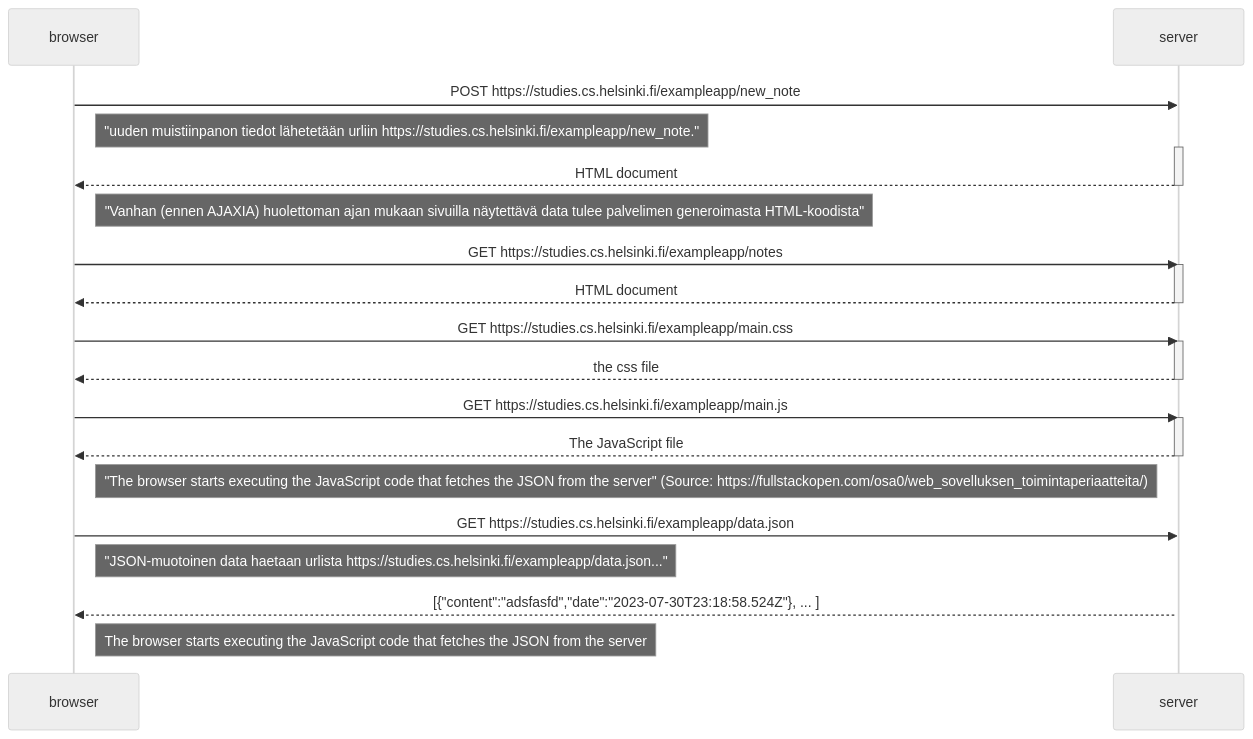
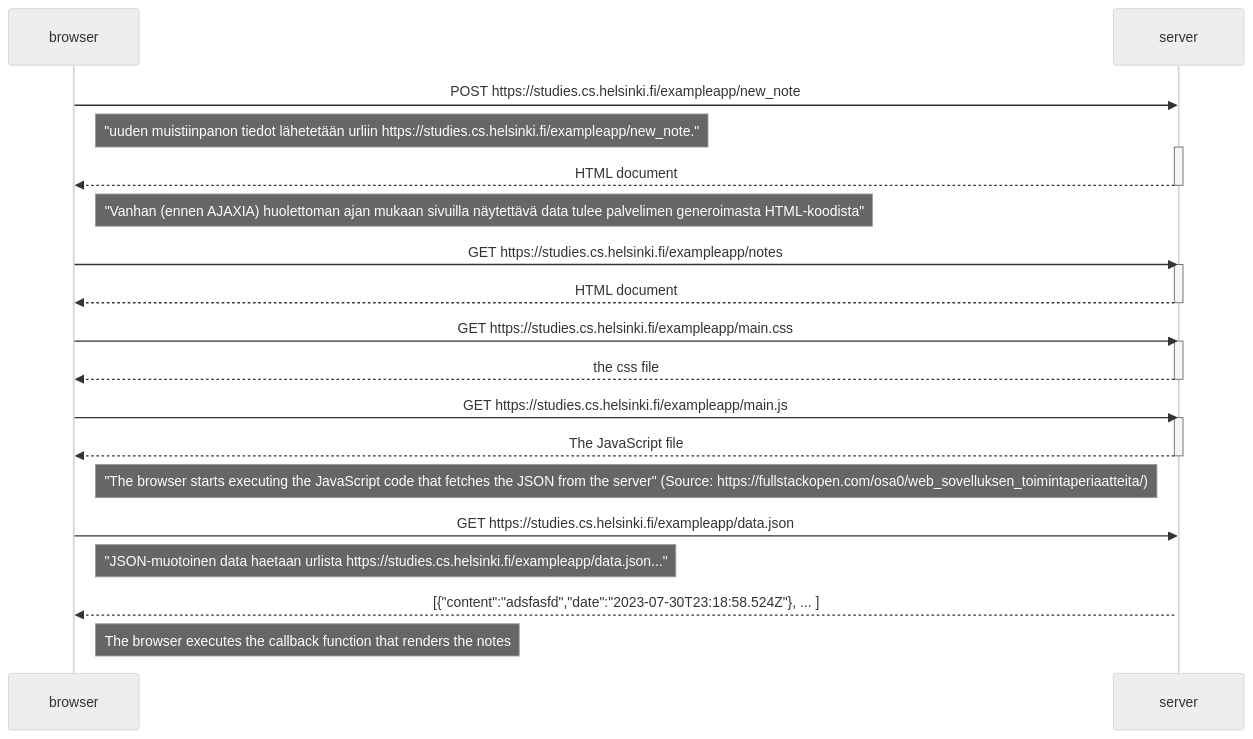
Before and after one commit to alelikak/fullstackopen: the diagram in 04.md, drawn with Mermaid (neutral theme).

````diff
--- a/04.md
+++ b/04.md
@@ -1,37 +1,37 @@
 ```mermaid
 sequenceDiagram
     participant browser
     participant server
 
     browser->>server: POST https://studies.cs.helsinki.fi/exampleapp/new_note
     Note right of browser:"uuden muistiinpanon tiedot lähetetään urliin https://studies.cs.helsinki.fi/exampleapp/new_note."
     activate server
     server-->>browser: HTML document
     deactivate server
     Note right of browser:"Vanhan (ennen AJAXIA) huolettoman ajan mukaan sivuilla näytettävä data tulee palvelimen generoimasta HTML-koodista"
     
     browser->>server: GET https://studies.cs.helsinki.fi/exampleapp/notes
     activate server
     server-->>browser: HTML document
     deactivate server
     
     browser->>server: GET https://studies.cs.helsinki.fi/exampleapp/main.css
     activate server
     server-->>browser: the css file
     deactivate server
     
     
     browser->>server: GET https://studies.cs.helsinki.fi/exampleapp/main.js
     activate server
     server-->>browser: The JavaScript file
     deactivate server    
 
     Note right of browser: "The browser starts executing the JavaScript code that fetches the JSON from the server" (Source: https://fullstackopen.com/osa0/web_sovelluksen_toimintaperiaatteita/)
     
 
     browser->>server: GET https://studies.cs.helsinki.fi/exampleapp/data.json
 Note right of browser: "JSON-muotoinen data haetaan urlista https://studies.cs.helsinki.fi/exampleapp/data.json..."
     activate server
     server-->>browser: [{"content":"adsfasfd","date":"2023-07-30T23:18:58.524Z"}, ... ]
-    Note right of browser: The browser starts executing the JavaScript code that fetches the JSON from the server
+    Note right of browser: The browser executes the callback function that renders the notes 
 ```
````
